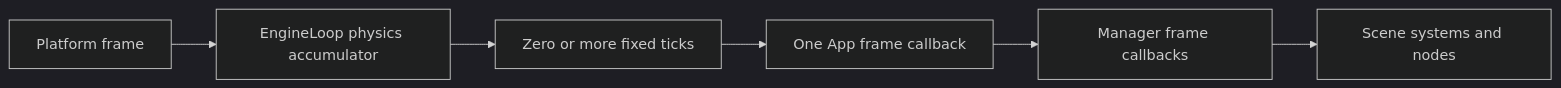
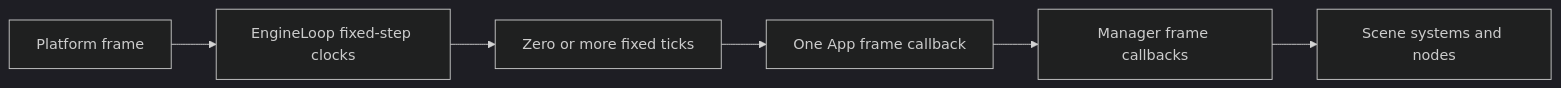
Before and after one commit to canopyengine/canopy-docs: the diagram in markdown/engine-details/runtime.md, drawn with Mermaid (dark theme). The commit also changed other lines of this file and 2 other files, not shown here.

First line of the commit message:
[Agent] Explain preserved pause timing and atomic physics ticks

````diff
--- a/markdown/engine-details/runtime.md
+++ b/markdown/engine-details/runtime.md
@@ -21,8 +21,8 @@
 ```mermaid
 flowchart LR
-  host[Platform frame] --> loop[EngineLoop physics accumulator]
+  host[Platform frame] --> loop[EngineLoop fixed-step clocks]
   loop --> physics[Zero or more fixed ticks]
   physics --> app[One App frame callback]
   app --> managers[Manager frame callbacks]
   managers --> scene[Scene systems and nodes]
 ```
````
